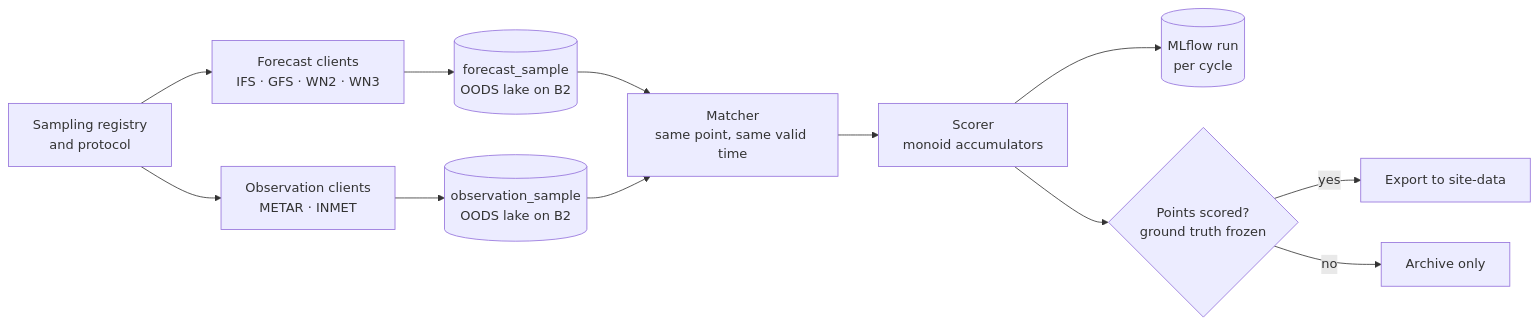
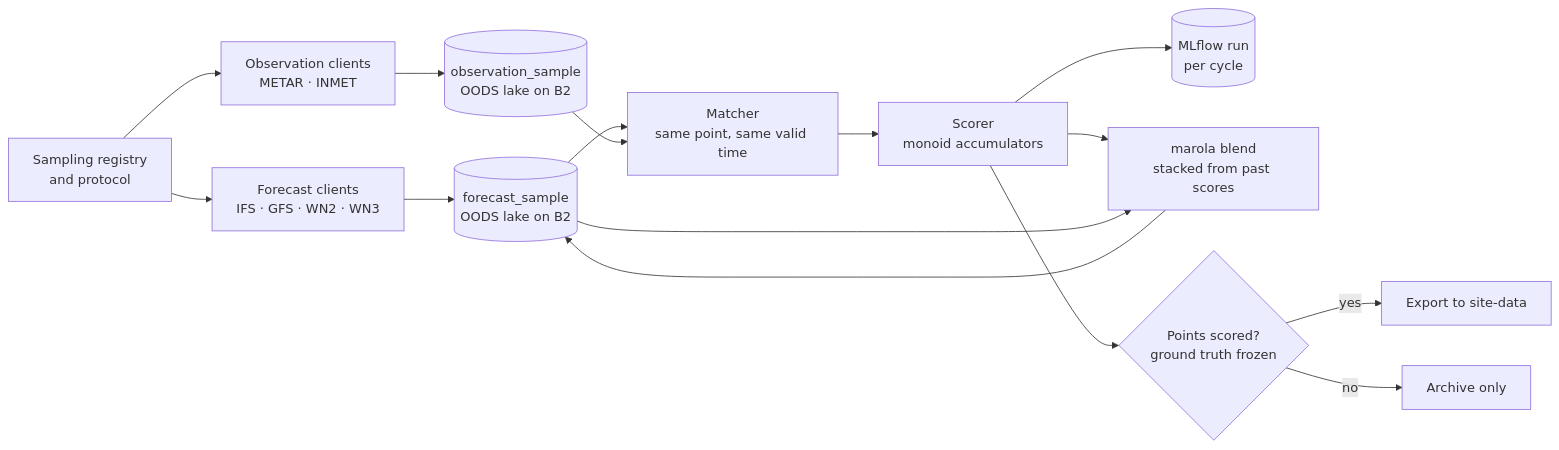
The first of 2 diagrams in docs/MIPs/MIP-0083-forecast-benchmark-job.md (marola-dev/marola), drawn with Mermaid before and after one commit. The commit also changed other lines of this file and 2 other files, not shown here.

First line of the commit message:
docs(mip-0083): add marola's own forecast as a stacked blend

````diff
--- a/docs/MIPs/MIP-0083-forecast-benchmark-job.md
+++ b/docs/MIPs/MIP-0083-forecast-benchmark-job.md
@@ -183,14 +185,17 @@
 ```mermaid
 flowchart LR
   reg[Sampling registry<br/>and protocol] --> fc[Forecast clients<br/>IFS · GFS · WN2 · WN3]
   reg --> oc[Observation clients<br/>METAR · INMET]
   fc --> fs[(forecast_sample<br/>OODS lake on B2)]
   oc --> os[(observation_sample<br/>OODS lake on B2)]
   fs --> m[Matcher<br/>same point, same valid time]
   os --> m
   m --> sc[Scorer<br/>monoid accumulators]
   sc --> ml[(MLflow run<br/>per cycle)]
+  sc --> bl[marola blend<br/>stacked from past scores]
+  fs --> bl
+  bl --> fs
   sc --> gate{Points scored?<br/>ground truth frozen}
   gate -- yes --> ex[Export to site-data]
   gate -- no --> hold[Archive only]
 ```
````
